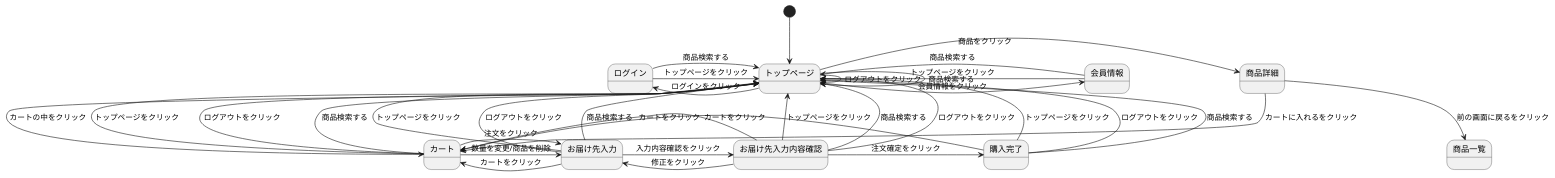
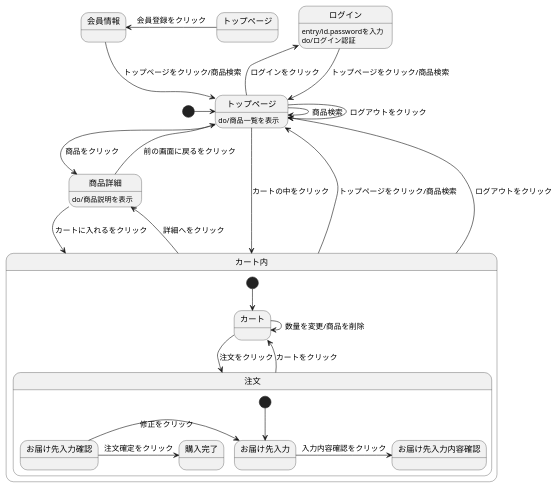
One commit to Aso2001003/2021sys-design changed the diagram in stm01.md. Above: the diagram before and after it, drawn with PlantUML.

````diff
--- a/stm01.md
+++ b/stm01.md
@@ -1,39 +1,37 @@
 ```uml
 @startuml
+[*] -> トップページ
+会員情報 --> トップページ : トップページをクリック/商品検索
+ログイン --> トップページ : トップページをクリック/商品検索
+ログイン : entry/id.passwordを入力
+ログイン : do/ログイン認証
+トップページ --> トップページ : ログアウトをクリック
+トップページ -> トップページ : 商品検索
+トップページ -> 商品詳細 : 商品をクリック
+トップぺージ -left-> 会員情報 : 会員登録をクリック
+トップページ -left-> ログイン : ログインをクリック
+トップページ --> カート内 : カートの中をクリック
+トップページ : do/商品一覧を表示
+商品詳細 --> カート内 : カートに入れるをクリック
+商品詳細 --> トップページ : 前の画面に戻るをクリック
+商品詳細 : do/商品説明を表示
+カート内 -up-> トップページ : トップページをクリック/商品検索
+カート内 -up-> トップページ : ログアウトをクリック
+カート内 -> 商品詳細 : 詳細へをクリック
 
-[*] --> トップページ
-トップページ -> トップページ : ログアウトをクリック
-トップページ -> トップページ : 商品検索する
-トップページ -> 会員情報 : 会員情報をクリック
-トップページ -> 商品詳細 : 商品をクリック
-商品詳細 --> カート : カートに入れるをクリック
-商品詳細 --> 商品一覧 : 前の画面に戻るをクリック
-会員情報 -> トップページ : トップページをクリック
-会員情報 -> トップページ : 商品検索する
-トップページ -left-> ログイン : ログインをクリック
-ログイン -> トップページ : トップページをクリック
-ログイン -> トップページ : 商品検索する
-トップページ --> カート : カートの中をクリック
-カート -> トップページ : トップページをクリック
-カート -> お届け先入力 : 数量を変更/商品を削除
-カート -> お届け先入力 : 注文をクリック
-カート -> トップページ : ログアウトをクリック
-カート -> トップページ : 商品検索する
-お届け先入力 -> トップページ : トップページをクリック
-お届け先入力 -> カート : カートをクリック
-お届け先入力 -> お届け先入力内容確認 : 入力内容確認をクリック
-お届け先入力 -> トップページ : ログアウトをクリック
-お届け先入力 -> トップページ : 商品検索する
-お届け先入力内容確認 -> トップページ : トップページをクリック
-お届け先入力内容確認 -> カート : カートをクリック
-お届け先入力内容確認 -> お届け先入力 : 修正をクリック
-お届け先入力内容確認 -> 購入完了 : 注文確定をクリック
-お届け先入力内容確認 --> トップページ : ログアウトをクリック
-お届け先入力内容確認 -> トップページ : 商品検索する
-購入完了 -> トップページ : トップページをクリック
-購入完了 -> カート : カートをクリック
-購入完了 -> トップページ : ログアウトをクリック
-購入完了 -> トップページ : 商品検索する
 
+
+state カート内 {
+ [*] --> カート
+ カート -> 注文 : 注文をクリック
+ カート -> カート : 数量を変更/商品を削除
+ 注文 --> カート : カートをクリック
+ state 注文 {
+  [*] --> お届け先入力
+  お届け先入力 -> お届け先入力内容確認 : 入力内容確認をクリック
+  お届け先入力確認 -> お届け先入力 : 修正をクリック
+  お届け先入力確認 -> 購入完了 : 注文確定をクリック
+ }
+}
 @enduml
 ```
````
